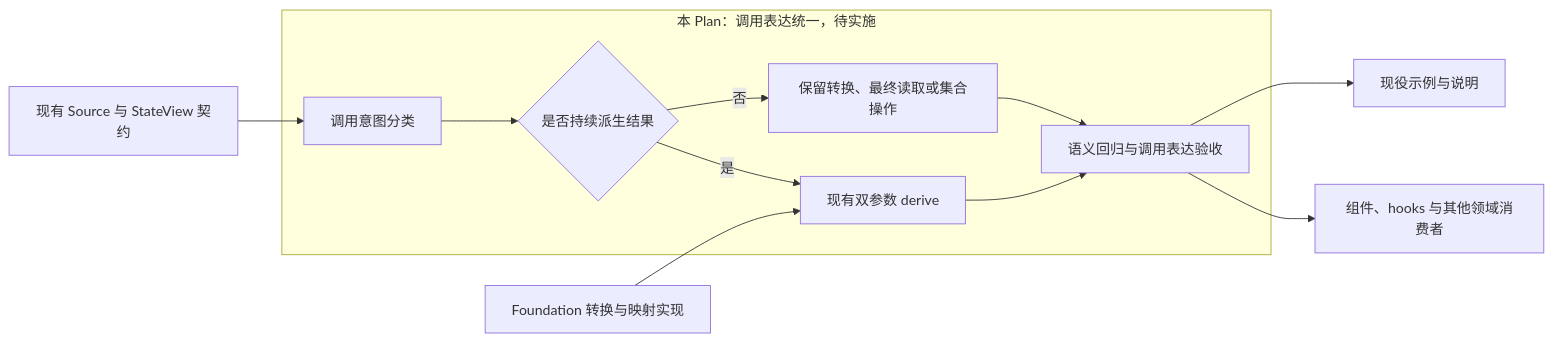
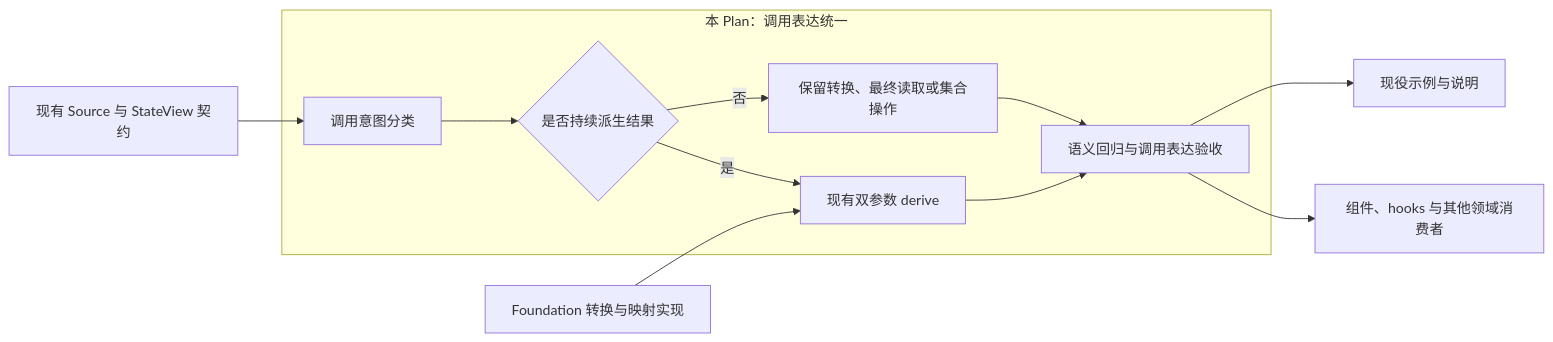
Before and after one commit to edsolater/uikit: the diagram in docs/plans/261117_State派生统一使用derive.md, drawn with Mermaid. The commit also changed other lines of this file and 25 other files, not shown here.

````diff
--- a/docs/plans/261117_State派生统一使用derive.md
+++ b/docs/plans/261117_State派生统一使用derive.md
@@ -37,14 +37,14 @@
 ```mermaid
 flowchart LR
     S[现有 Source 与 StateView 契约] --> I
-    subgraph P[本 Plan：调用表达统一，待实施]
+    subgraph P[本 Plan：调用表达统一]
         I[调用意图分类] --> D{是否持续派生结果}
         D -->|是| R[现有双参数 derive]
         D -->|否| K[保留转换、最终读取或集合操作]
         R --> V[语义回归与调用表达验收]
         K --> V
     end
     V --> C[组件、hooks 与其他领域消费者]
     V --> E[现役示例与说明]
     F[Foundation 转换与映射实现] --> R
 ```
````
